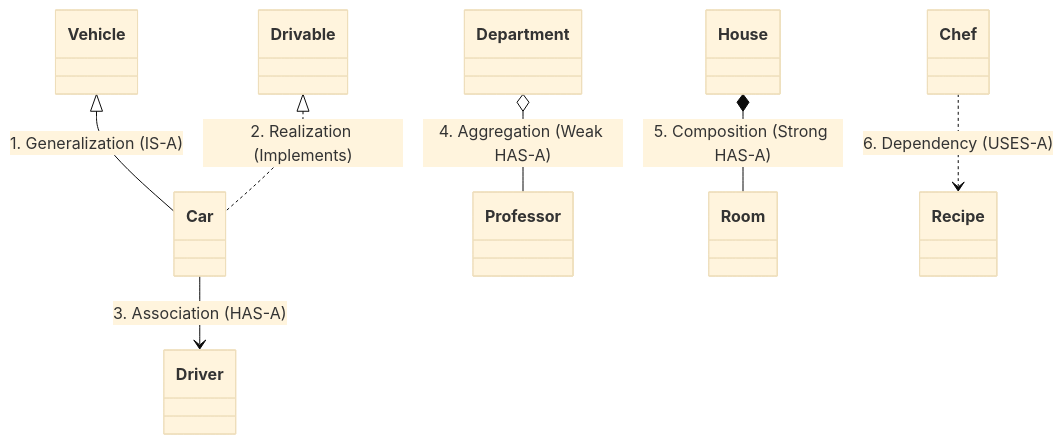
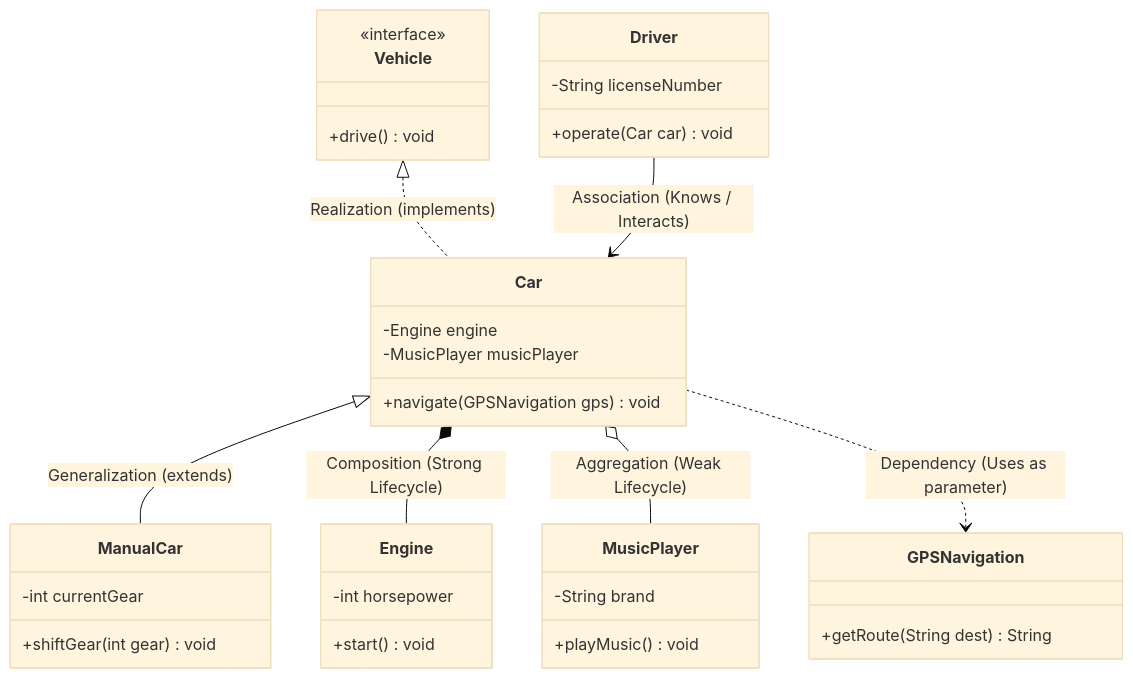
The first of 2 diagrams in 04-OOPs-and-Design-Patterns/01-Core-OOPs-and-UML/04-UML-Diagrams-Class-and-Sequence-Diagrams.md (rohithgowda18/Notes), drawn with Mermaid (base theme) before and after one commit. The commit also changed other lines of this file and 30 other files, not shown here.

````diff
--- a/04-OOPs-and-Design-Patterns/01-Core-OOPs-and-UML/04-UML-Diagrams-Class-and-Sequence-Diagrams.md
+++ b/04-OOPs-and-Design-Patterns/01-Core-OOPs-and-UML/04-UML-Diagrams-Class-and-Sequence-Diagrams.md
@@ -64,20 +64,44 @@
 ```mermaid
 classDiagram
-    %% 1. Generalization
-    Vehicle <|-- Car : 1. Generalization (IS-A)
-    
-    %% 2. Realization
-    Drivable <|.. Car : 2. Realization (Implements)
-    
-    %% 3. Association
-    Car --> Driver : 3. Association (HAS-A)
-    
-    %% 4. Aggregation
-    Department o-- Professor : 4. Aggregation (Weak HAS-A)
-    
-    %% 5. Composition
-    House *-- Room : 5. Composition (Strong HAS-A)
-    
-    %% 6. Dependency
-    Chef ..> Recipe : 6. Dependency (USES-A)
+    class Vehicle {
+        <<interface>>
+        +drive() void
+    }
+
+    class Engine {
+        -int horsepower
+        +start() void
+    }
+
+    class MusicPlayer {
+        -String brand
+        +playMusic() void
+    }
+
+    class Driver {
+        -String licenseNumber
+        +operate(Car car) void
+    }
+
+    class GPSNavigation {
+        +getRoute(String dest) String
+    }
+
+    class Car {
+        -Engine engine
+        -MusicPlayer musicPlayer
+        +navigate(GPSNavigation gps) void
+    }
+
+    class ManualCar {
+        -int currentGear
+        +shiftGear(int gear) void
+    }
+
+    Vehicle <|.. Car : Realization (implements)
+    Car <|-- ManualCar : Generalization (extends)
+    Car *-- Engine : Composition (Strong Lifecycle)
+    Car o-- MusicPlayer : Aggregation (Weak Lifecycle)
+    Driver --> Car : Association (Knows / Interacts)
+    Car ..> GPSNavigation : Dependency (Uses as parameter)
 ```
````
